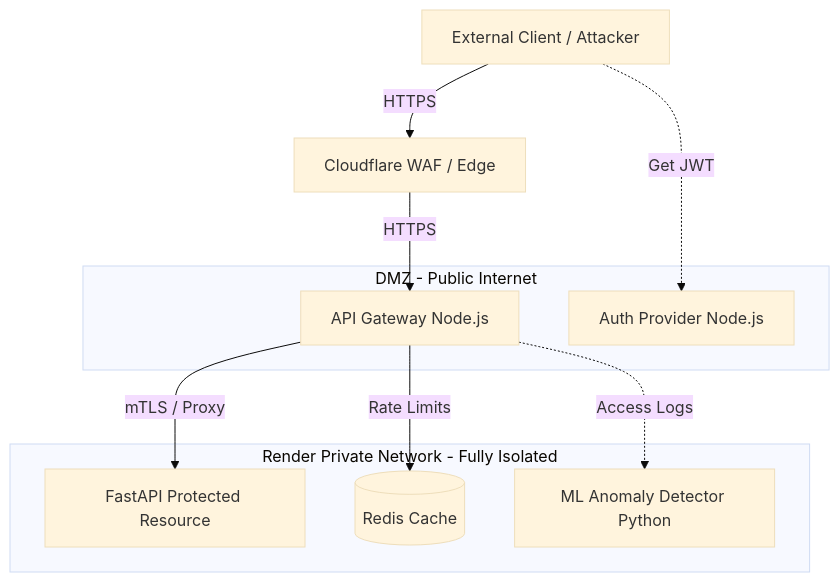
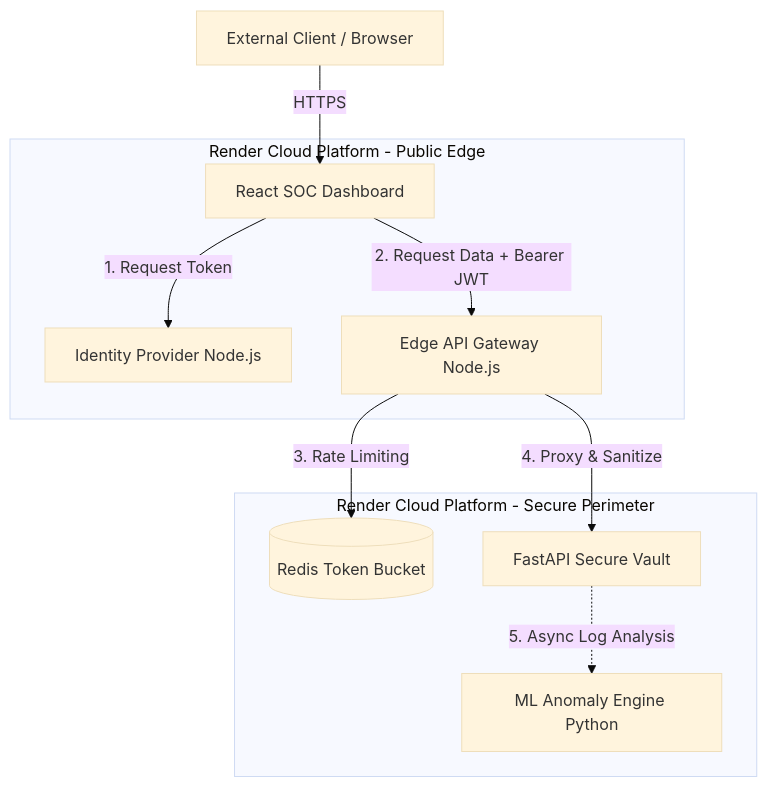
One commit to seeh6357-max/enterprise-zero-trust-gateway changed the diagram in README.md. Above: the diagram before and after it, drawn with Mermaid (base theme). The commit also changed other lines of this file, not shown here.

Commit message:
docs: update enterprise architecture README with ML and ZTNA details

````diff
--- a/README.md
+++ b/README.md
@@ -17,18 +20,15 @@
 ```mermaid
 graph TD
-    Client[External Client / Attacker] -->|HTTPS| Cloudflare[Cloudflare WAF / Edge]
-    Cloudflare -->|HTTPS| Gateway[API Gateway Node.js]
+    Client[External Client / Browser] -->|HTTPS| React[React SOC Dashboard]
     
-    subgraph DMZ - Public Internet
-    Gateway
-    IdP[Auth Provider Node.js]
+    subgraph Render Cloud Platform - Public Edge
+    React -->|1. Request Token| IdP[Identity Provider Node.js]
+    React -->|2. Request Data + Bearer JWT| Gateway[Edge API Gateway Node.js]
     end
 
-    Client -.->|Get JWT| IdP
-    
-    subgraph Render Private Network - Fully Isolated
-    Gateway -->|mTLS / Proxy| Backend[FastAPI Protected Resource]
-    Gateway -->|Rate Limits| Redis[(Redis Cache)]
-    Gateway -.->|Access Logs| MLWorker[ML Anomaly Detector Python]
+    subgraph Render Cloud Platform - Secure Perimeter
+    Gateway -->|3. Rate Limiting| Redis[(Redis Token Bucket)]
+    Gateway -->|4. Proxy & Sanitize| Backend[FastAPI Secure Vault]
+    Backend -.->|5. Async Log Analysis| MLWorker[ML Anomaly Engine Python]
     end
 ```
````
